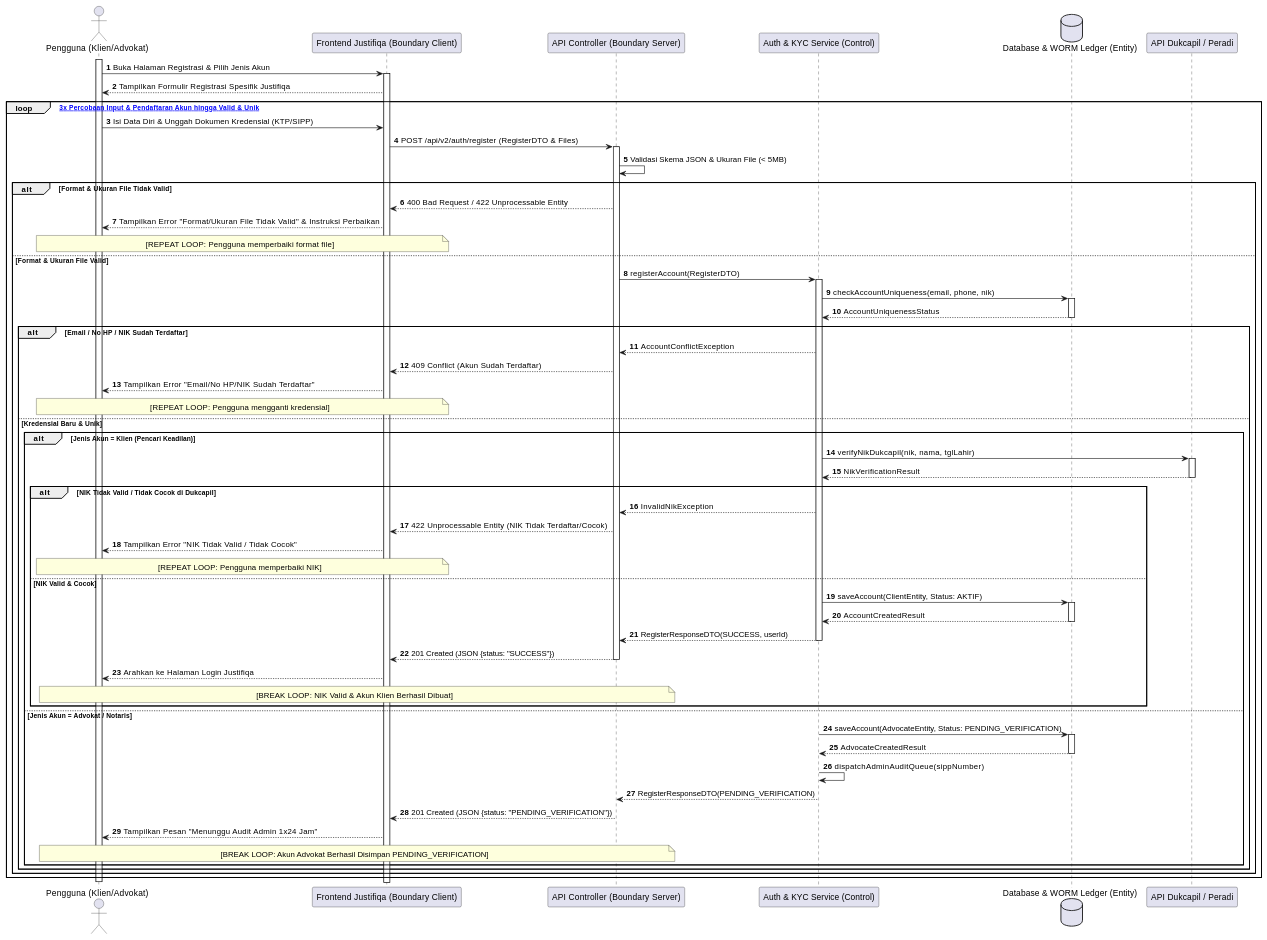
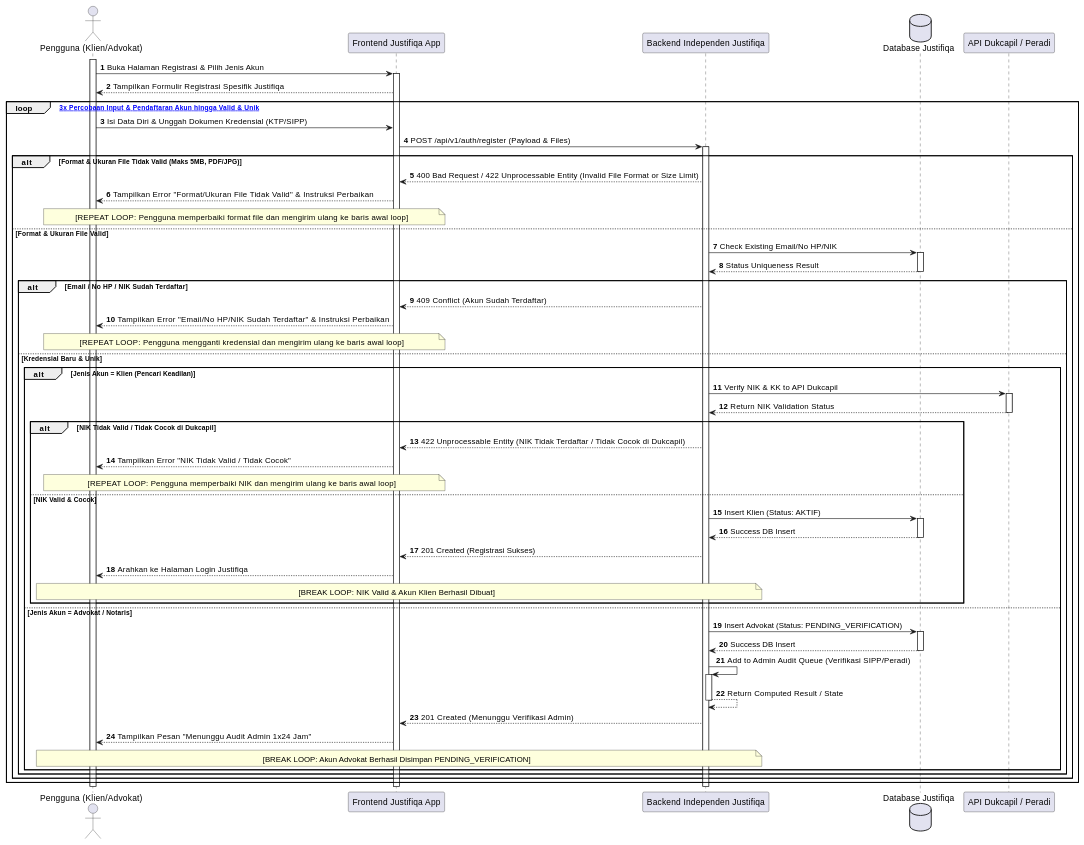
Before and after one commit to tupperwureism/SuperApp-Gagal: the first of 28 diagrams in MarkDown/plantuml_sequence_diagrams.md, drawn with PlantUML. The commit also changed other lines of this file and 3 other files, not shown here.

````diff
--- a/MarkDown/plantuml_sequence_diagrams.md
+++ b/MarkDown/plantuml_sequence_diagrams.md
@@ -28,65 +20,61 @@
 ```plantuml
 @startuml
 autonumber
 actor "Pengguna (Klien/Advokat)" as User
-participant "Frontend Justifiqa (Boundary Client)" as B_FE
-participant "API Controller (Boundary Server)" as B_BE
-participant "Auth & KYC Service (Control)" as C_Svc
-database "Database & WORM Ledger (Entity)" as E_DB
+participant "Frontend Justifiqa App" as FE
+participant "Backend Independen Justifiqa" as BE
+database "Database Justifiqa" as DB
 participant "API Dukcapil / Peradi" as Ext
 
 activate User
-User -> B_FE ++ : Buka Halaman Registrasi & Pilih Jenis Akun
-B_FE --> User : Tampilkan Formulir Registrasi Spesifik Justifiqa
+User -> FE ++ : Buka Halaman Registrasi & Pilih Jenis Akun
+FE --> User : Tampilkan Formulir Registrasi Spesifik Justifiqa
 loop [Maksimal 3x Percobaan Input & Pendaftaran Akun hingga Valid & Unik]
-    User -> B_FE : Isi Data Diri & Unggah Dokumen Kredensial (KTP/SIPP)
-    B_FE -> B_BE ++ : POST /api/v2/auth/register (RegisterDTO & Files)
-    B_BE -> B_BE : Validasi Skema JSON & Ukuran File (< 5MB)
+    User -> FE : Isi Data Diri & Unggah Dokumen Kredensial (KTP/SIPP)
+    FE -> BE ++ : POST /api/v1/auth/register (Payload & Files)
 
-    alt Format & Ukuran File Tidak Valid
-        B_BE --> B_FE : 400 Bad Request / 422 Unprocessable Entity
-        B_FE --> User : Tampilkan Error "Format/Ukuran File Tidak Valid" & Instruksi Perbaikan
-        note over User, B_FE : [REPEAT LOOP: Pengguna memperbaiki format file]
+    alt Format & Ukuran File Tidak Valid (Maks 5MB, PDF/JPG)
+        BE --> FE : 400 Bad Request / 422 Unprocessable Entity (Invalid File Format or Size Limit)
+        FE --> User : Tampilkan Error "Format/Ukuran File Tidak Valid" & Instruksi Perbaikan
+        note over User, FE : [REPEAT LOOP: Pengguna memperbaiki format file dan mengirim ulang ke baris awal loop]
     else Format & Ukuran File Valid
-        B_BE -> C_Svc ++ : registerAccount(RegisterDTO)
-        C_Svc -> E_DB ++ : checkAccountUniqueness(email, phone, nik)
-        E_DB --> C_Svc -- : AccountUniquenessStatus
+        BE -> DB ++ : Check Existing Email/No HP/NIK
+        DB --> BE -- : Status Uniqueness Result
 
         alt Email / No HP / NIK Sudah Terdaftar
-            C_Svc --> B_BE : AccountConflictException
-            B_BE --> B_FE : 409 Conflict (Akun Sudah Terdaftar)
-            B_FE --> User : Tampilkan Error "Email/No HP/NIK Sudah Terdaftar"
-            note over User, B_FE : [REPEAT LOOP: Pengguna mengganti kredensial]
+            BE --> FE : 409 Conflict (Akun Sudah Terdaftar)
+            FE --> User : Tampilkan Error "Email/No HP/NIK Sudah Terdaftar" & Instruksi Perbaikan
+            note over User, FE : [REPEAT LOOP: Pengguna mengganti kredensial dan mengirim ulang ke baris awal loop]
         else Kredensial Baru & Unik
             alt Jenis Akun = Klien (Pencari Keadilan)
-                C_Svc -> Ext ++ : verifyNikDukcapil(nik, nama, tglLahir)
-                Ext --> C_Svc -- : NikVerificationResult
-
+                BE -> Ext ++ : Verify NIK & KK to API Dukcapil
+                Ext --> BE -- : Return NIK Validation Status
+                
                 alt NIK Tidak Valid / Tidak Cocok di Dukcapil
-                    C_Svc --> B_BE : InvalidNikException
-                    B_BE --> B_FE : 422 Unprocessable Entity (NIK Tidak Terdaftar/Cocok)
-                    B_FE --> User : Tampilkan Error "NIK Tidak Valid / Tidak Cocok"
-                    note over User, B_FE : [REPEAT LOOP: Pengguna memperbaiki NIK]
+                    BE --> FE : 422 Unprocessable Entity (NIK Tidak Terdaftar / Tidak Cocok di Dukcapil)
+                    FE --> User : Tampilkan Error "NIK Tidak Valid / Tidak Cocok"
+                    note over User, FE : [REPEAT LOOP: Pengguna memperbaiki NIK dan mengirim ulang ke baris awal loop]
                 else NIK Valid & Cocok
-                    C_Svc -> E_DB ++ : saveAccount(ClientEntity, Status: AKTIF)
-                    E_DB --> C_Svc -- : AccountCreatedResult
-                    C_Svc --> B_BE -- : RegisterResponseDTO(SUCCESS, userId)
-                    B_BE --> B_FE -- : 201 Created (JSON {status: "SUCCESS"})
-                    B_FE --> User : Arahkan ke Halaman Login Justifiqa
-                    note over User, B_BE : [BREAK LOOP: NIK Valid & Akun Klien Berhasil Dibuat]
+                    BE -> DB ++ : Insert Klien (Status: AKTIF)
+                    DB --> BE -- : Success DB Insert
+                    BE --> FE : 201 Created (Registrasi Sukses)
+                    FE --> User : Arahkan ke Halaman Login Justifiqa
+                    note over User, BE : [BREAK LOOP: NIK Valid & Akun Klien Berhasil Dibuat]
                 end
             else Jenis Akun = Advokat / Notaris
-                C_Svc -> E_DB ++ : saveAccount(AdvocateEntity, Status: PENDING_VERIFICATION)
-                E_DB --> C_Svc -- : AdvocateCreatedResult
-                C_Svc -> C_Svc : dispatchAdminAuditQueue(sippNumber)
-                C_Svc --> B_BE -- : RegisterResponseDTO(PENDING_VERIFICATION)
-                B_BE --> B_FE -- : 201 Created (JSON {status: "PENDING_VERIFICATION"})
-                B_FE --> User : Tampilkan Pesan "Menunggu Audit Admin 1x24 Jam"
-                note over User, B_BE : [BREAK LOOP: Akun Advokat Berhasil Disimpan PENDING_VERIFICATION]
+                BE -> DB ++ : Insert Advokat (Status: PENDING_VERIFICATION)
+                DB --> BE -- : Success DB Insert
+                BE -> BE ++ : Add to Admin Audit Queue (Verifikasi SIPP/Peradi)
+                BE --> BE -- : Return Computed Result / State
+                BE --> FE : 201 Created (Menunggu Verifikasi Admin)
+                FE --> User : Tampilkan Pesan "Menunggu Audit Admin 1x24 Jam"
+                note over User, BE : [BREAK LOOP: Akun Advokat Berhasil Disimpan PENDING_VERIFICATION]
             end
         end
     end
 end
+deactivate BE
+deactivate FE
 deactivate User
 @enduml
 ```
````
